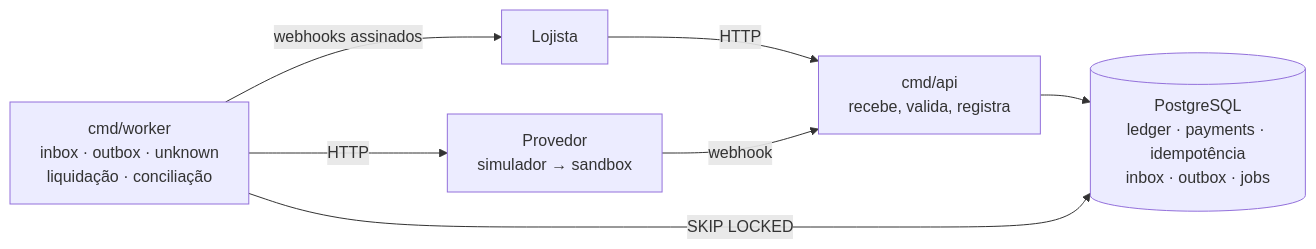
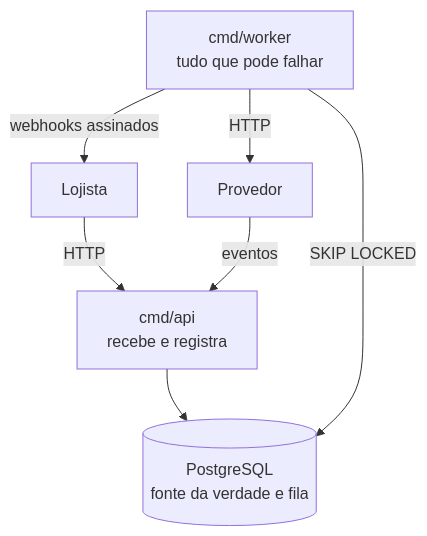
Before and after one commit to gengibrepower/cross-border-pay: the first of 2 diagrams in README.pt-BR.md, drawn with Mermaid. The commit also changed other lines of this file and 1 other file, not shown here.

First line of the commit message:
docs(readme): provas e decisões em grupos que abrem, sem tabelas que rolam para o lado (#50)

````diff
--- a/README.pt-BR.md
+++ b/README.pt-BR.md
@@ -73,9 +343,14 @@
 ```mermaid
-flowchart LR
-    M[Lojista] -- HTTP --> API
-    P[Provedor<br/>simulador → sandbox] -- webhook --> API
-    API["cmd/api<br/>recebe, valida, registra"] --> DB[("PostgreSQL<br/>ledger · payments · idempotência<br/>inbox · outbox · jobs")]
-    W["cmd/worker<br/>inbox · outbox · unknown<br/>liquidação · conciliação"] -- "SKIP LOCKED" --> DB
+flowchart TB
+    M[Lojista]
+    P[Provedor]
+    API["cmd/api<br/>recebe e registra"]
+    DB[("PostgreSQL<br/>fonte da verdade e fila")]
+    W["cmd/worker<br/>tudo que pode falhar"]
+    M -- HTTP --> API
+    P -- eventos --> API
+    API --> DB
+    W -- SKIP LOCKED --> DB
     W -- HTTP --> P
     W -- webhooks assinados --> M
 ```
````
